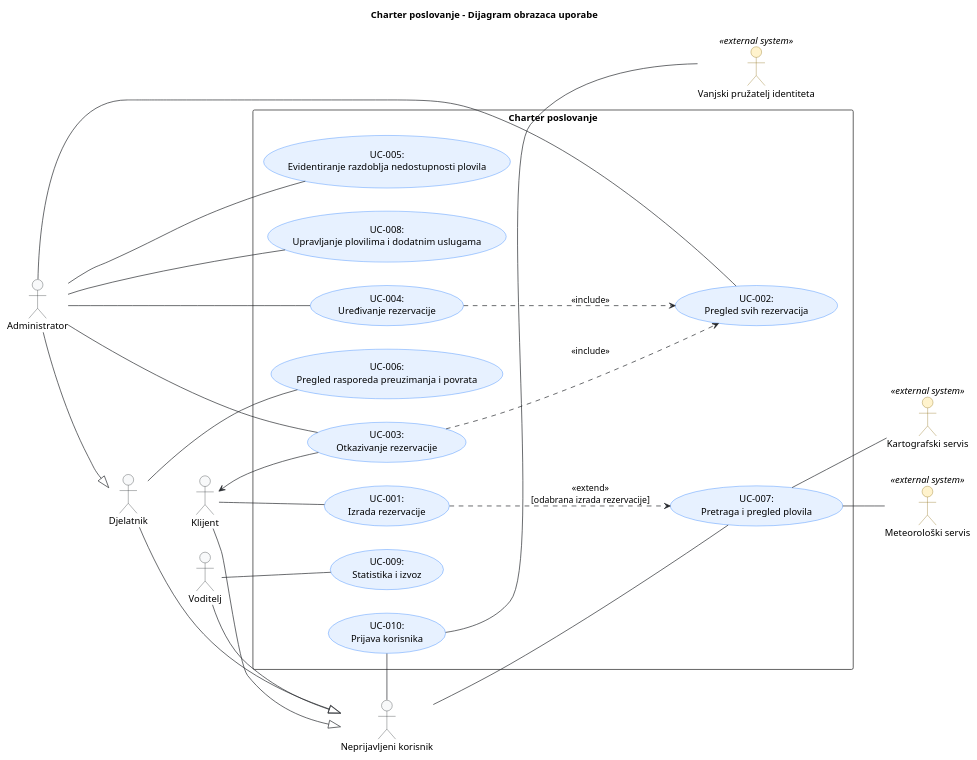
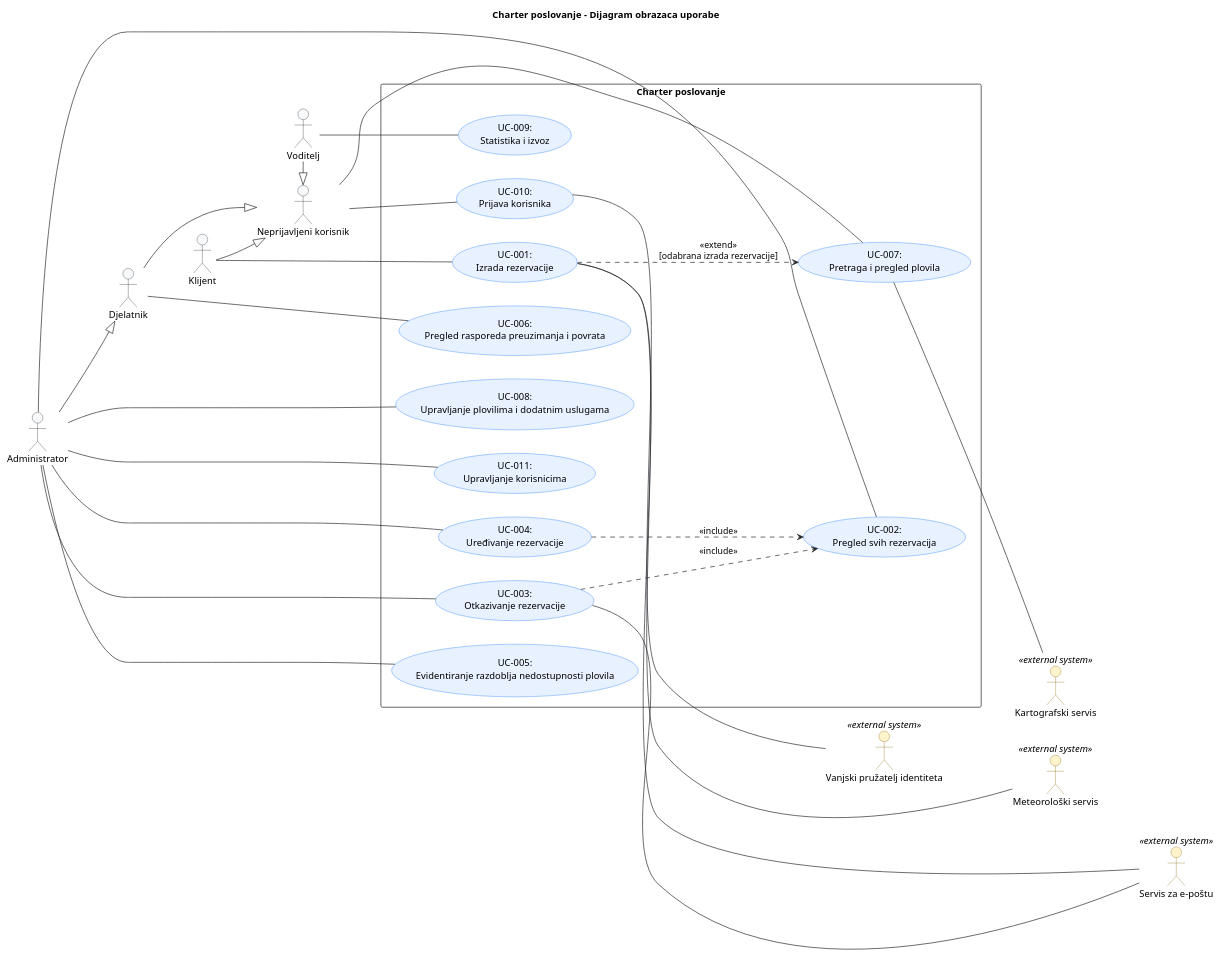
Before and after one commit to auzelac1/PROGI_PROJEKT: the diagram in docs/puml/3-1-UC.puml, drawn with PlantUML. The commit also changed 13 other files, not shown here.

```diff
--- a/docs/puml/3-1-UC.puml
+++ b/docs/puml/3-1-UC.puml
@@ -1,117 +1,125 @@
 @startuml
 left to right direction
 title "Charter poslovanje - Dijagram obrazaca uporabe"
 
 skinparam shadowing false
 skinparam defaultFontName Arial
 skinparam ArrowColor #212529
 skinparam FontColor #748cab
 
 skinparam actor {
     BackgroundColor #F8F9FA
     BorderColor #212529
     BackgroundColor<<external system>> #FFF3CD
     BorderColor<<external system>> #856404
 }
 
 skinparam usecase {
     BackgroundColor #E7F1FF
     BorderColor #0D6EFD
 }
 
 ' Primarni akteri
 
 actor Neprijavljeni as "Neprijavljeni korisnik"
 actor Klijent as "Klijent"
 actor Djelatnik as "Djelatnik"
 actor Voditelj as "Voditelj"
 actor Admin as "Administrator"
 
 ' Sekundarni akteri
 actor "Vanjski pružatelj identiteta" as idp <<external system>>
 actor "Meteorološki servis" as meteo <<external system>>
 actor "Kartografski servis" as map <<external system>>
+actor "Servis za e-poštu" as mail <<external system>>
 
 ' Specijalizacije
 Klijent -|> Neprijavljeni
 Admin -|> Djelatnik
 Djelatnik -|> Neprijavljeni
 Voditelj -|> Neprijavljeni
 
 ' Raspored na dijagramu
 Neprijavljeni-[hidden]down-> Klijent
 Djelatnik -[hidden]down-> Klijent
 Djelatnik -[hidden]down-> Voditelj
 Admin -[hidden]down-> Djelatnik
 
 rectangle "Charter poslovanje" as Charter {
 
     ' Izrada rezervacije
     (UC-001:\nIzrada rezervacije) as izradaRezervacije
     
     ' Uređivanje i otkazivanje rezervacija
     (UC-002:\nPregled svih rezervacija) as pregledRezervacije
     (UC-003:\nOtkazivanje rezervacije) as otkazivanjeRezervacije
     (UC-004:\nUređivanje rezervacije) as uredjivanjeRezervacije
 
     ' Evidentiranje razdoblja nedostupnosti plovila
     (UC-005:\nEvidentiranje razdoblja nedostupnosti plovila) as nedostupnost
     
     ' Pregled rasporeda preuzimanja i povrata
     (UC-006:\nPregled rasporeda preuzimanja i povrata) as preuzimanjePovrat
 
     ' Pretraga i pregled plovila
     (UC-007:\nPretraga i pregled plovila) as pregledPlovila
 
     ' Upravljanje plovilima i dodatnim uslugama
     (UC-008:\nUpravljanje plovilima i dodatnim uslugama) as upravljanjePlovilima
     together {
         ' Statistika i izvoz
         (UC-009:\nStatistika i izvoz) as statistika
 
         ' Prijava korisnika
         (UC-010:\nPrijava korisnika) as prijava
     }
+
+    ' Upravljanje korisnicima
+    (UC-011:\nUpravljanje korisnicima) as upravljanjeKorisnicima
 }
 
 ' Asocijacije aktera i slučajeva uporabe
 Klijent -- izradaRezervacije
 
 Admin -- pregledRezervacije
 
 Admin -- otkazivanjeRezervacije
 
 Admin -- uredjivanjeRezervacije
 
 Admin -- nedostupnost
 
 Djelatnik -- preuzimanjePovrat
 
 Neprijavljeni -- pregledPlovila
 
 Admin -- upravljanjePlovilima
 
+Admin -- upravljanjeKorisnicima
+
 Voditelj -- statistika
 
 Neprijavljeni -- prijava
 
-' Slanje poruke klijentu da mu je rezervacija otkazana
-otkazivanjeRezervacije --> Klijent
+' Slanje obavijesti e-poštom
+izradaRezervacije -- mail
+otkazivanjeRezervacije -- mail
 
 ' Obavezno ponašanje
 otkazivanjeRezervacije ..> pregledRezervacije : <<include>>
 uredjivanjeRezervacije ..> pregledRezervacije : <<include>>
 
 ' Opcionalno ponašanje
 izradaRezervacije ..> pregledPlovila : <<extend>>\n[odabrana izrada rezervacije]
 
 ' Interakcije sa sekundarnim akterima
-pregledPlovila -- meteo
+izradaRezervacije -- meteo
 pregledPlovila -- map
 prijava -- idp
 
 meteo -[hidden]left-> map
+map -[hidden]down-> mail
 idp -[hidden]down-> meteo
 
 
 @enduml
```
